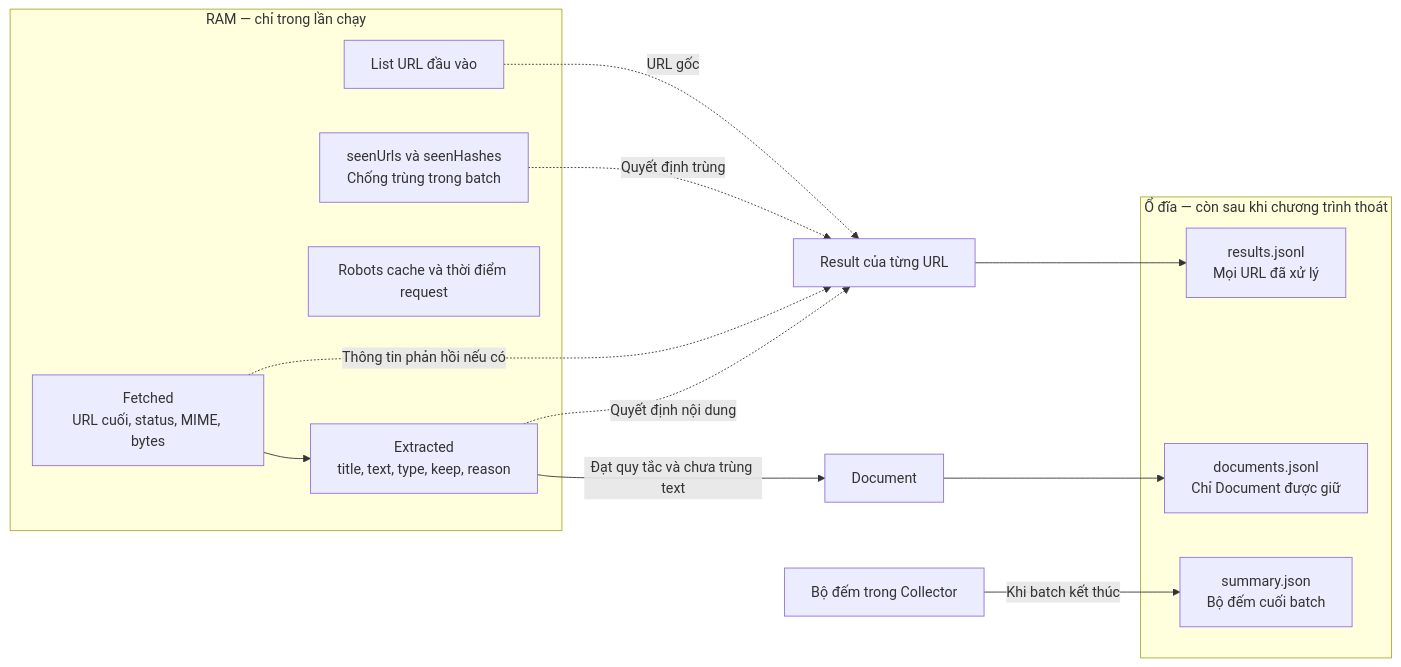
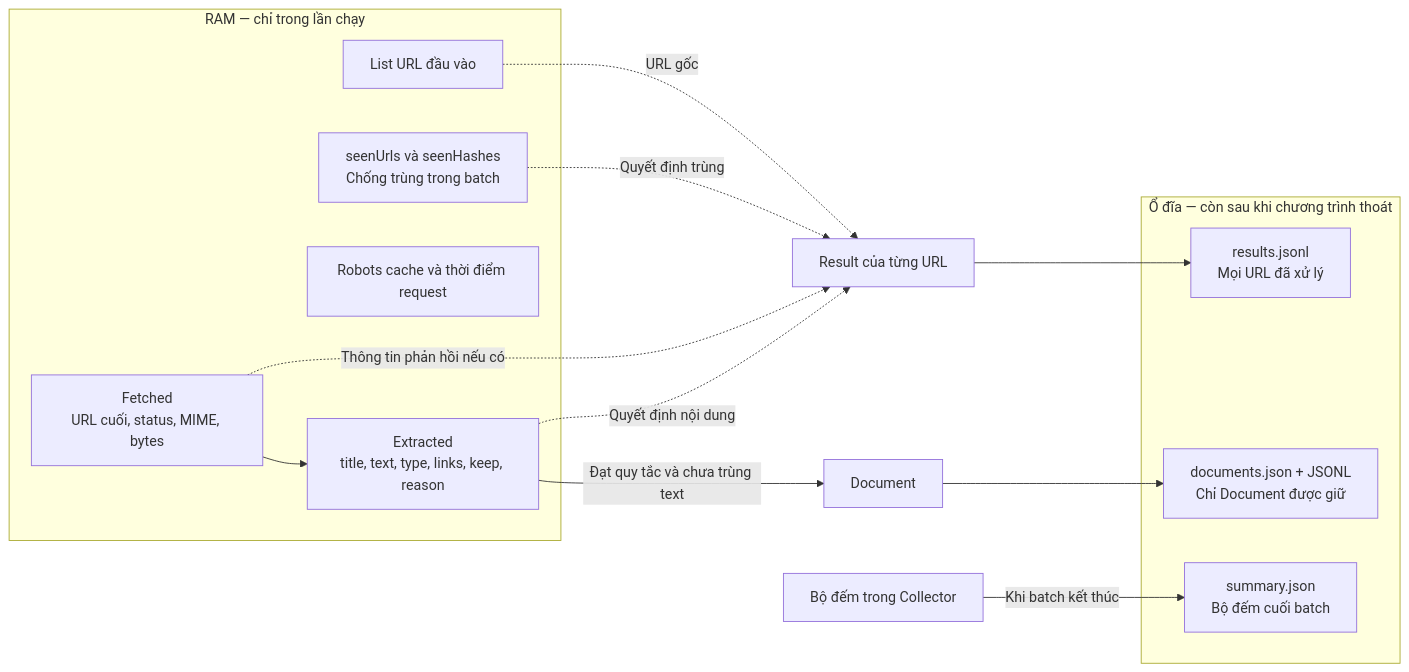
One commit to dungx48/it4863-content-collector changed the sixth of 7 diagrams in docs/design-diagrams.md. Above: the diagram before and after it, drawn with Mermaid. The commit also changed other lines of this file and 19 other files, not shown here.

````diff
--- a/docs/design-diagrams.md
+++ b/docs/design-diagrams.md
@@ -170,24 +180,24 @@
 ```mermaid
 flowchart LR
     subgraph RAM["RAM — chỉ trong lần chạy"]
         Inputs["List URL đầu vào"]
         Seen["seenUrls và seenHashes<br/>Chống trùng trong batch"]
         Cache["Robots cache và thời điểm request"]
         Fetched["Fetched<br/>URL cuối, status, MIME, bytes"]
-        Extracted["Extracted<br/>title, text, type, keep, reason"]
+        Extracted["Extracted<br/>title, text, type, links, keep, reason"]
         Fetched --> Extracted
     end
     Extracted -->|"Đạt quy tắc và chưa trùng text"| Document["Document"]
     Fetched -.->|"Thông tin phản hồi nếu có"| Result["Result của từng URL"]
     Extracted -.->|"Quyết định nội dung"| Result
     Inputs -.->|"URL gốc"| Result
     Seen -.->|"Quyết định trùng"| Result
     subgraph Disk["Ổ đĩa — còn sau khi chương trình thoát"]
-        Docs["documents.jsonl<br/>Chỉ Document được giữ"]
+        Docs["documents.json + JSONL<br/>Chỉ Document được giữ"]
         Results["results.jsonl<br/>Mọi URL đã xử lý"]
         Summary["summary.json<br/>Bộ đếm cuối batch"]
     end
     Document --> Docs
     Result --> Results
     Counts["Bộ đếm trong Collector"] -->|"Khi batch kết thúc"| Summary
 ```
````
